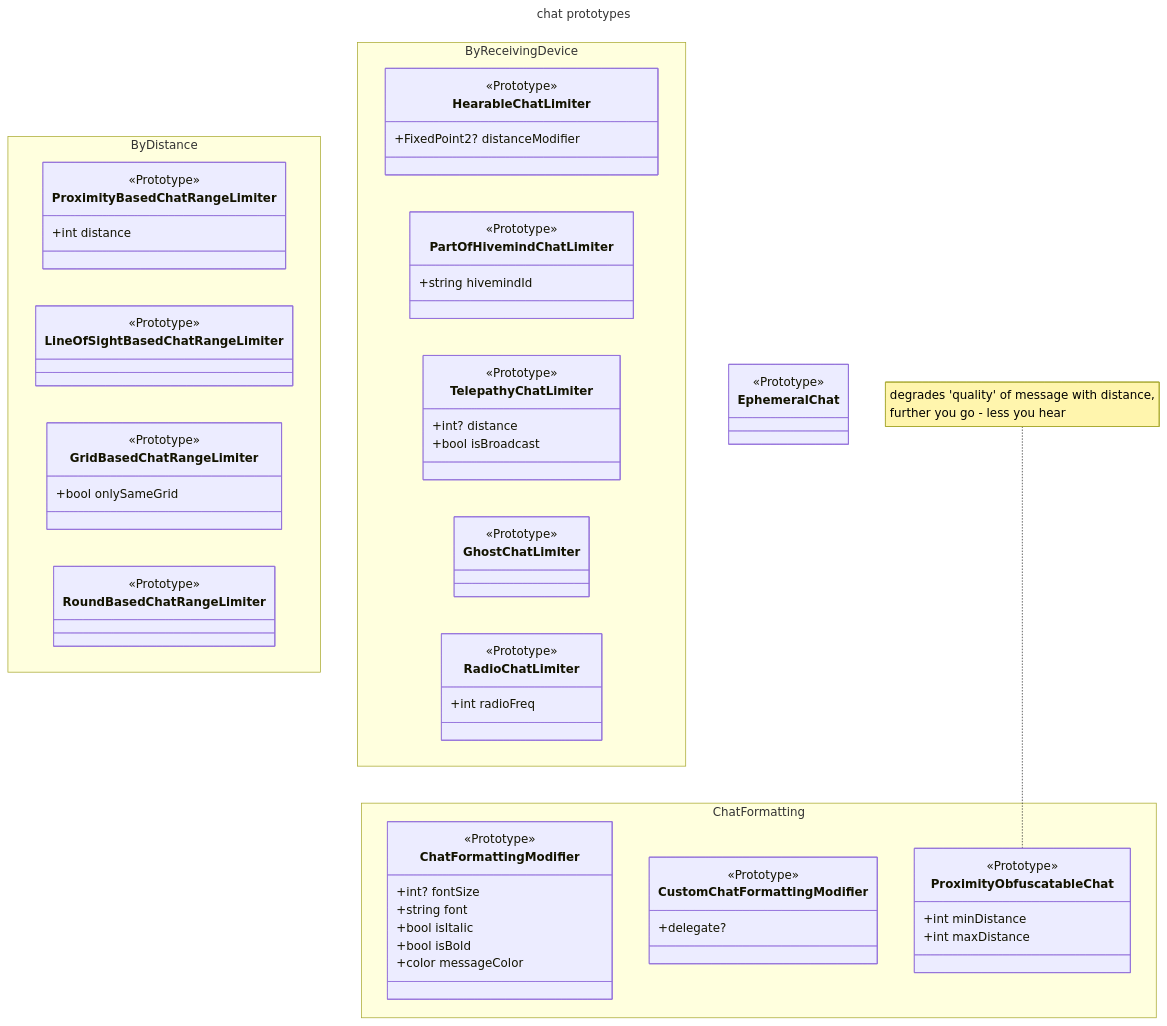
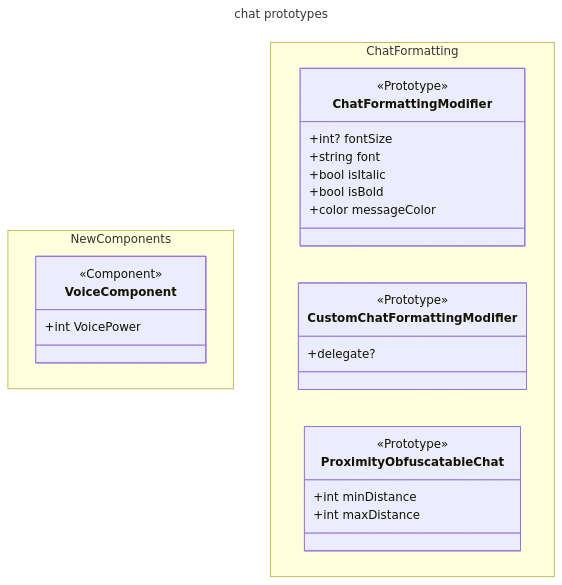
The second of 3 diagrams in src/en/space-station-14/chat.md (space-wizards/docs), drawn with Mermaid before and after one commit. The commit also changed other lines of this file, not shown here.

`````diff
--- a/src/en/space-station-14/chat.md
+++ b/src/en/space-station-14/chat.md
@@ -107,70 +191,32 @@
 ```mermaid
 ---
 title: chat prototypes
 ---
 classDiagram
-	note for ProximityObfuscatableChat "degrades 'quality' of message with distance,<br> further you go - less you hear"
-	namespace ByDistance{
-		class ProximityBasedChatRangeLimiter{
-			<<Prototype>>
-			+int distance
-		}
-		class LineOfSightBasedChatRangeLimiter{
-			<<Prototype>>
-		}
-		class GridBasedChatRangeLimiter{
-			<<Prototype>>
-			+bool onlySameGrid
-		}
-		class RoundBasedChatRangeLimiter{
-			<<Prototype>>
-		}
-	}
-	namespace ByReceivingDevice{
-		class HearableChatLimiter{
-			<<Prototype>>
-			+FixedPoint2? distanceModifier
-		}
-		class PartOfHivemindChatLimiter{
-			<<Prototype>>
-			+string hivemindId
-		}
-		class TelepathyChatLimiter{
-			<<Prototype>>
-			+int? distance
-			+bool isBroadcast
-		}
-		class GhostChatLimiter{
-			<<Prototype>>
-
-		}
-		class RadioChatLimiter{
-			<<Prototype>>
-			+int radioFreq
+	namespace NewComponents{
+		class VoiceComponent{
+			<<Component>>
+			+int VoicePower
 		}
 	}
 	namespace ChatFormatting{
 		class ChatFormattingModifier{
 			<<Prototype>>
 			+int? fontSize
 			+string font
 			+bool isItalic
 			+bool isBold
 			+color messageColor
 		}
 		class CustomChatFormattingModifier{
 			<<Prototype>>
 			+delegate?
 		}
 		class ProximityObfuscatableChat{
 			<<Prototype>>
 			+int minDistance
 			+int maxDistance
 		}
 	}
-
-	class EphemeralChat{
-		<<Prototype>>
-	}
-
-```
+	
+````
`````
